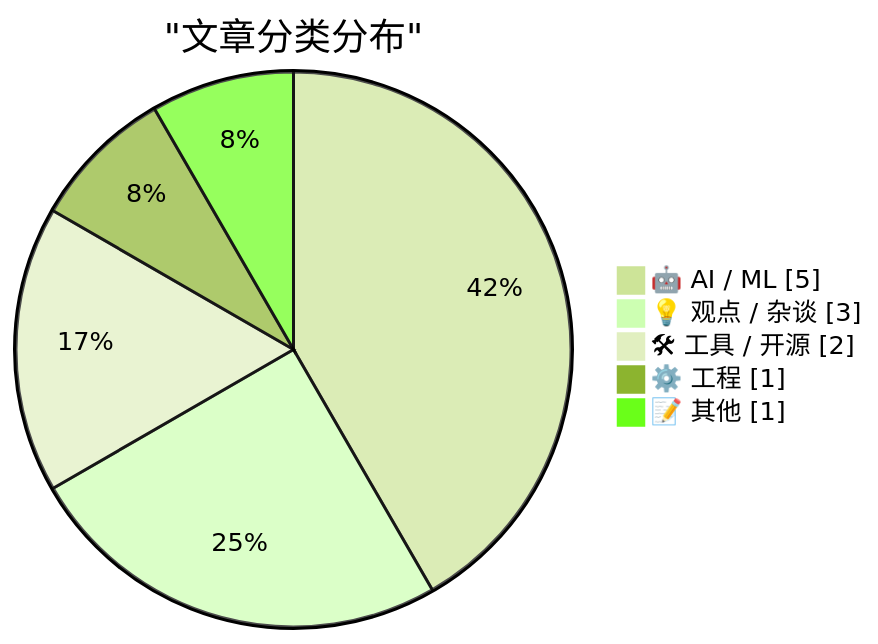
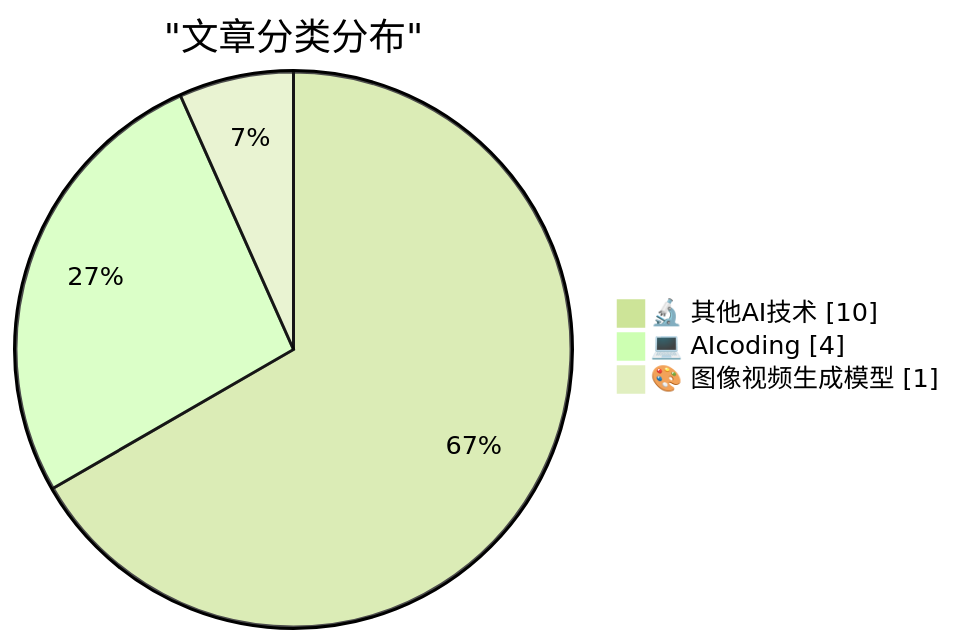
Before and after one commit to MirrMeur/ai-daily-digest: the first of 2 diagrams in digests/digest-20260227.md, drawn with Mermaid (forest theme). The commit also changed other lines of this file, not shown here.

````diff
--- a/digests/digest-20260227.md
+++ b/digests/digest-20260227.md
@@ -73,9 +73,7 @@
 ```mermaid
 pie showData
     title "文章分类分布"
-    "🤖 AI / ML" : 5
-    "💡 观点 / 杂谈" : 3
-    "🛠 工具 / 开源" : 2
-    "⚙️ 工程" : 1
-    "📝 其他" : 1
+    "🔬 其他AI技术" : 10
+    "💻 AIcoding" : 4
+    "🎨 图像视频生成模型" : 1
 ```
````
